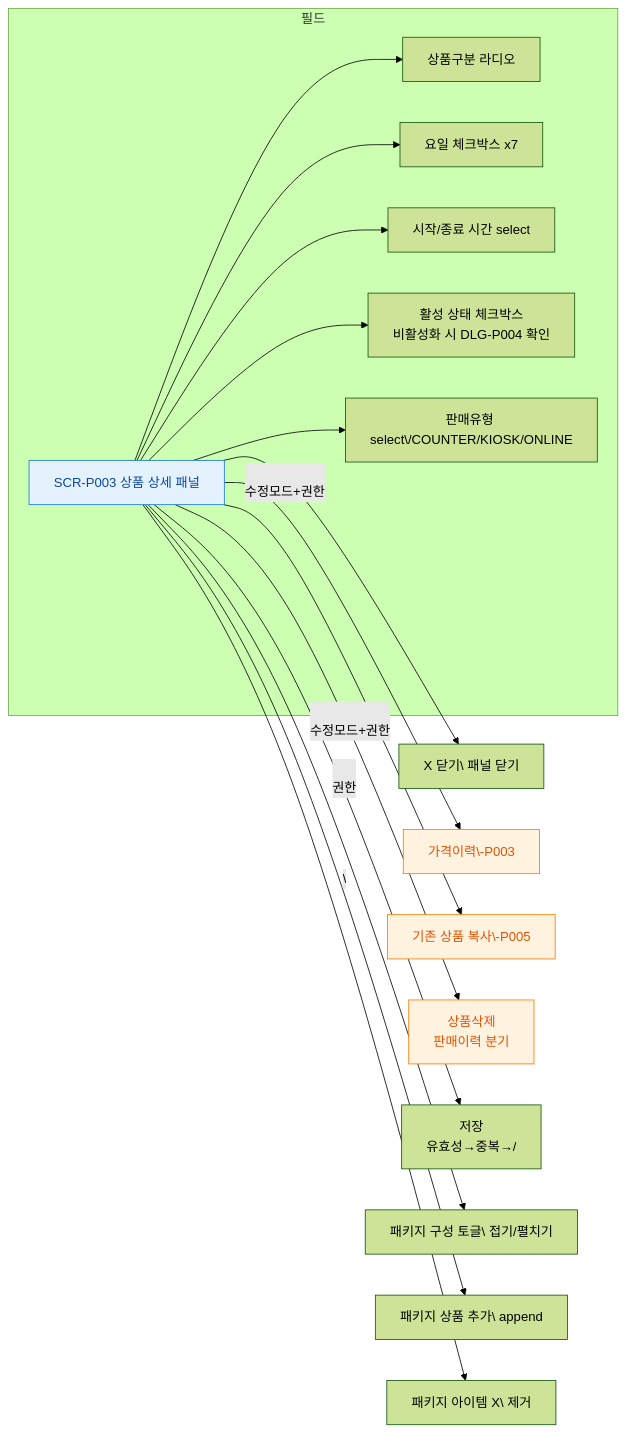
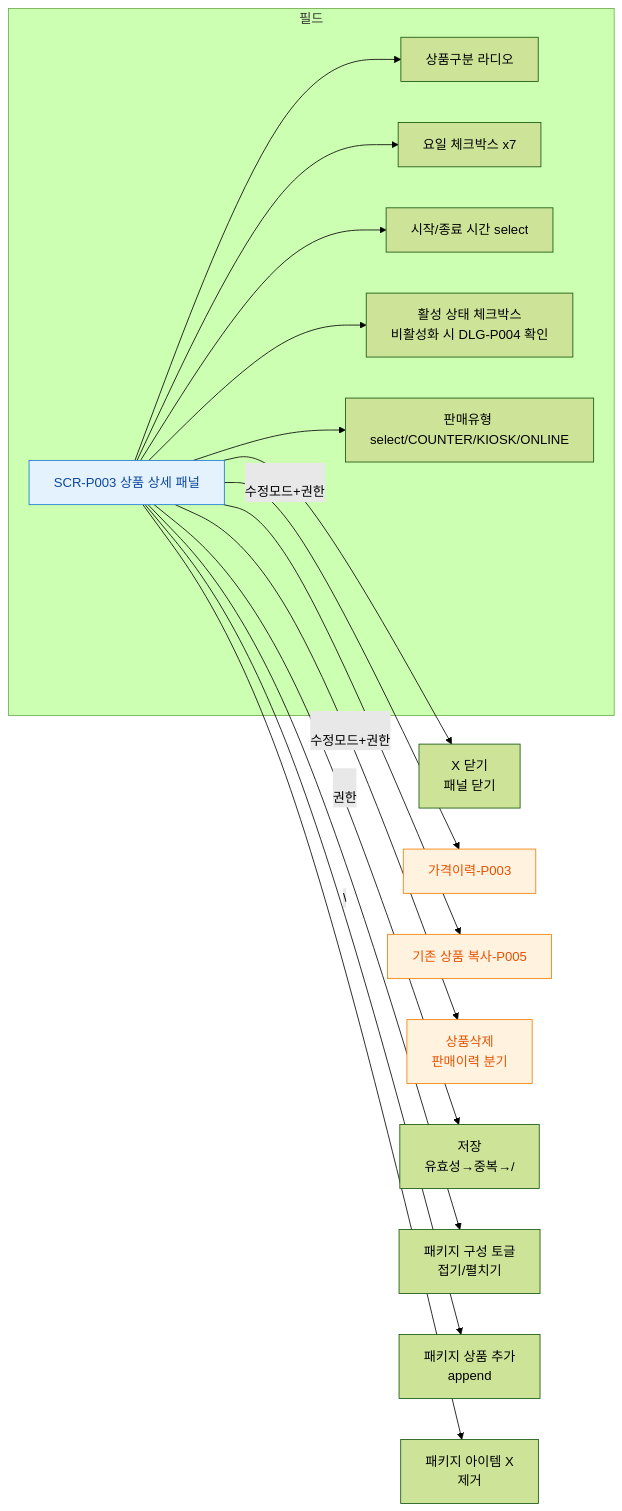
Before and after one commit to dev-spogym/admin-pando: the diagram in docs/admin/다이어그램/D05_상품관리/SCR-P003_상품상세패널/F3_버튼액션.md, drawn with Mermaid (forest theme). The commit also changed 369 other files, not shown here.

````diff
--- a/docs/admin/다이어그램/D05_상품관리/SCR-P003_상품상세패널/F3_버튼액션.md
+++ b/docs/admin/다이어그램/D05_상품관리/SCR-P003_상품상세패널/F3_버튼액션.md
@@ -14,27 +14,27 @@
 ```mermaid
 flowchart LR
     SCR_P003[SCR-P003 상품 상세 패널]
 
-    SCR_P003 --> BTN_X[X 닫기\ 패널 닫기]
-    SCR_P003 -->|\n수정모드+권한|BTN_HISTORY[가격이력\-P003]
-    SCR_P003 --> BTN_COPY[기존 상품 복사\-P005]
+    SCR_P003 --> BTN_X[X 닫기<br/> 패널 닫기]
+    SCR_P003 -->|\n수정모드+권한|BTN_HISTORY[가격이력-P003]
+    SCR_P003 --> BTN_COPY[기존 상품 복사-P005]
     SCR_P003 -->|\n수정모드+권한|BTN_DEL[상품삭제\n판매이력 분기]
     SCR_P003 -->|\n권한|BTN_SAVE[저장\n유효성→중복→/]
 
-    SCR_P003 --> BTN_PKG[패키지 구성 토글\ 접기/펼치기]
-    SCR_P003 -->|\|BTN_PKG_ADD[패키지 상품 추가\ append]
-    SCR_P003 --> BTN_PKG_DEL[패키지 아이템 X\ 제거]
+    SCR_P003 --> BTN_PKG[패키지 구성 토글<br/> 접기/펼치기]
+    SCR_P003 -->|\|BTN_PKG_ADD[패키지 상품 추가<br/> append]
+    SCR_P003 --> BTN_PKG_DEL[패키지 아이템 X<br/> 제거]
 
     subgraph 필드
         SCR_P003 --> KIND[상품구분 라디오]
         SCR_P003 --> DAY[요일 체크박스 x7]
         SCR_P003 --> TIME[시작/종료 시간 select]
         SCR_P003 --> ACTIVE[활성 상태 체크박스\n비활성화 시 DLG-P004 확인]
-        SCR_P003 --> SALES_CH[판매유형 select\/COUNTER/KIOSK/ONLINE]
+        SCR_P003 --> SALES_CH[판매유형 select/COUNTER/KIOSK/ONLINE]
     end
 
     classDef screen fill:#E3F2FD,stroke:#1976D2,color:#0D47A1
     classDef modal fill:#FFF3E0,stroke:#F57C00,color:#E65100
     class SCR_P003 screen
     class BTN_HISTORY,BTN_COPY,BTN_DEL modal
 ```
````
